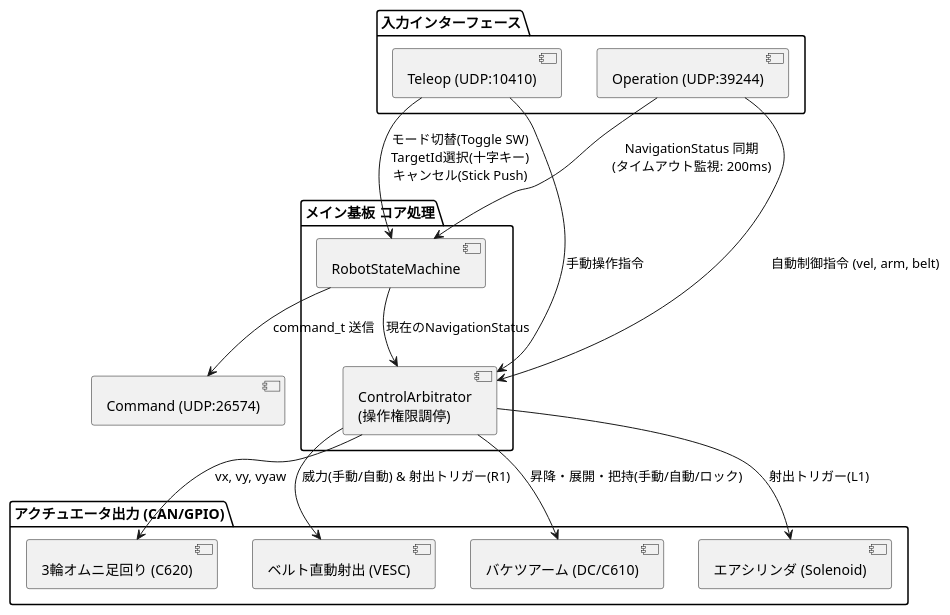
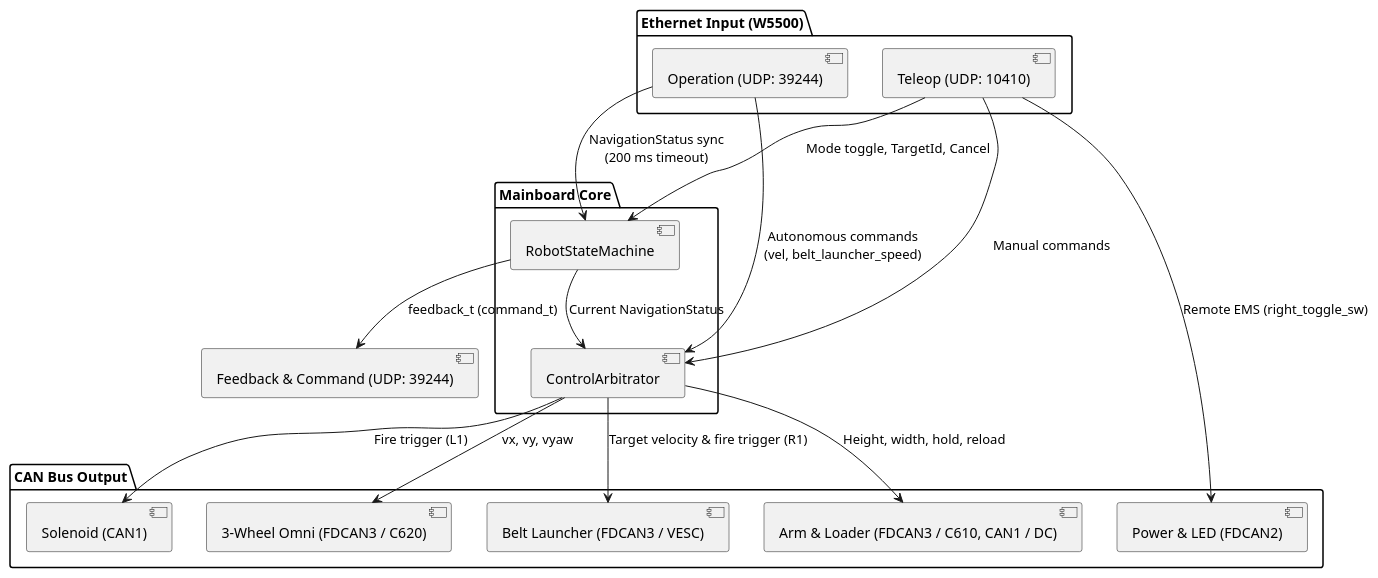
Before and after one commit to tmcit-ararobo-2026a/gn10-mainboard: the diagram in docs/uml/internal_arbitration.pu, drawn with PlantUML. The commit also changed other lines of this file and 7 other files, not shown here.

```diff
--- a/docs/uml/internal_arbitration.pu
+++ b/docs/uml/internal_arbitration.pu
@@ -1,34 +1,36 @@
 @startuml internal_arbitration
 skinparam componentStyle uml2
 
-package "入力インターフェース" {
-    [Teleop (UDP:10410)] as InTeleop
-    [Operation (UDP:39244)] as InOperation
+package "Ethernet Input (W5500)" {
+    [Teleop (UDP: 10410)] as InTeleop
+    [Operation (UDP: 39244)] as InOperation
 }
 
-package "メイン基板 コア処理" {
+package "Mainboard Core" {
     component "RobotStateMachine" as FSM
-    component "ControlArbitrator\n(操作権限調停)" as Arbitrator
+    component "ControlArbitrator" as Arbitrator
 }
 
-package "アクチュエータ出力 (CAN/GPIO)" {
-    [3輪オムニ足回り (C620)] as Wheel
-    [ベルト直動射出 (VESC)] as Belt
-    [バケツアーム (DC/C610)] as Arm
-    [エアシリンダ (Solenoid)] as Air
+package "CAN Bus Output" {
+    [3-Wheel Omni (FDCAN3 / C620)] as Wheel
+    [Belt Launcher (FDCAN3 / VESC)] as Belt
+    [Arm & Loader (FDCAN3 / C610, CAN1 / DC)] as Arm
+    [Solenoid (CAN1)] as Air
+    [Power & LED (FDCAN2)] as PowerLED
 }
 
-InTeleop --> FSM : モード切替(Toggle SW)\nTargetId選択(十字キー)\nキャンセル(Stick Push)
-InOperation --> FSM : NavigationStatus 同期\n(タイムアウト監視: 200ms)
+InTeleop --> FSM : Mode toggle, TargetId, Cancel
+InOperation --> FSM : NavigationStatus sync\n(200 ms timeout)
 
-FSM --> [Command (UDP:26574)] : command_t 送信
+FSM --> [Feedback & Command (UDP: 39244)] : feedback_t (command_t)
 
-InTeleop --> Arbitrator : 手動操作指令
-InOperation --> Arbitrator : 自動制御指令 (vel, arm, belt)
-FSM --> Arbitrator : 現在のNavigationStatus
+InTeleop --> Arbitrator : Manual commands
+InOperation --> Arbitrator : Autonomous commands\n(vel, belt_launcher_speed)
+FSM --> Arbitrator : Current NavigationStatus
 
 Arbitrator --> Wheel : vx, vy, vyaw
-Arbitrator --> Belt : 威力(手動/自動) & 射出トリガー(R1)
-Arbitrator --> Arm : 昇降・展開・把持(手動/自動/ロック)
-Arbitrator --> Air : 射出トリガー(L1)
+Arbitrator --> Belt : Target velocity & fire trigger (R1)
+Arbitrator --> Arm : Height, width, hold, reload
+Arbitrator --> Air : Fire trigger (L1)
+InTeleop --> PowerLED : Remote EMS (right_toggle_sw)
 @enduml
```
